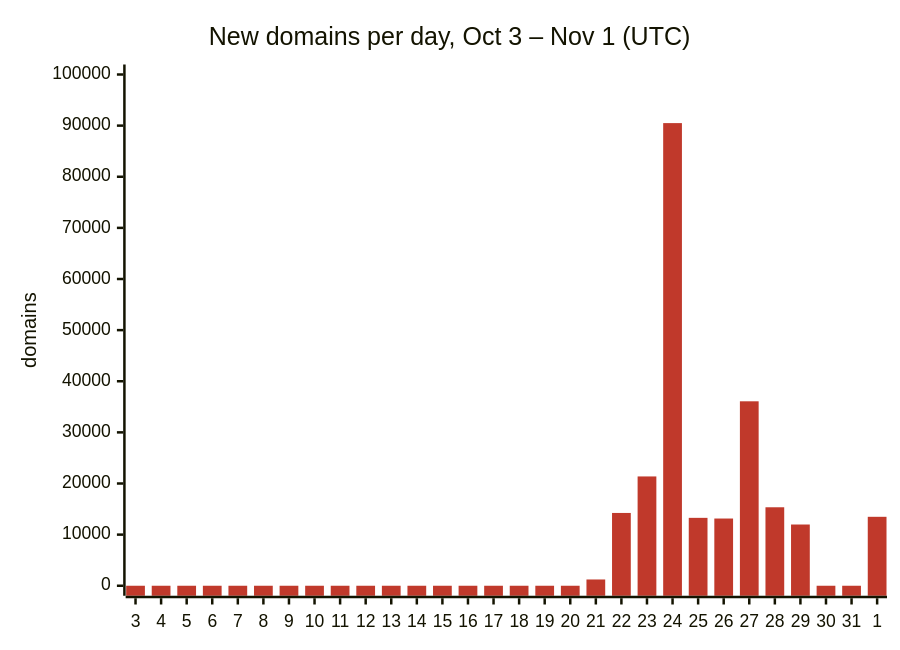
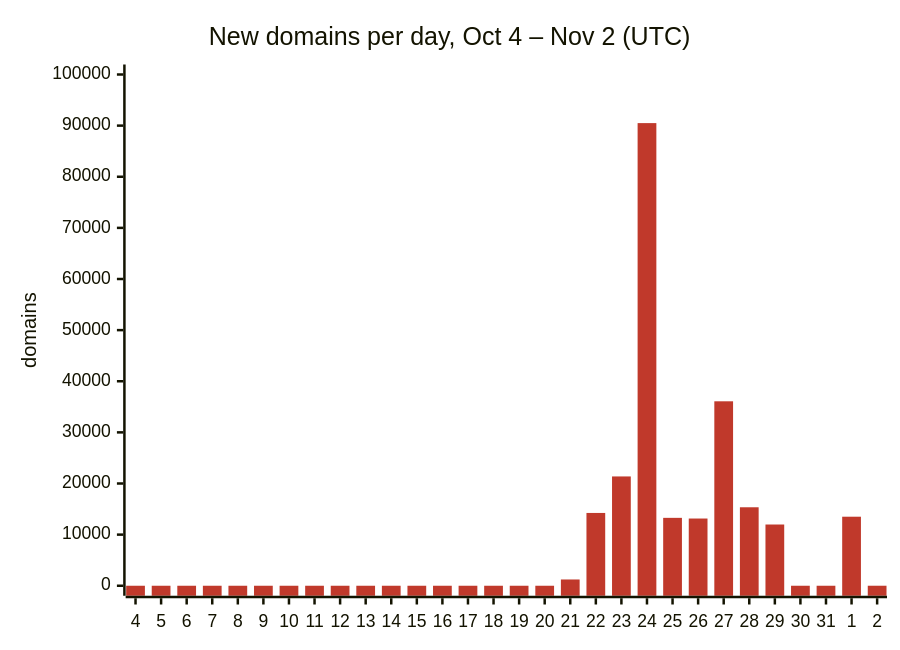
The first of 3 diagrams in README.md (DNSBunker/CTI), drawn with Mermaid before and after one commit. The commit also changed other lines of this file and 3 other files, not shown here.

First line of the commit message:
Update 2026-11-02 00:05 UTC: 224610 domains

````diff
--- a/README.md
+++ b/README.md
@@ -29,8 +29,8 @@
 ```mermaid
 %%{init: {"themeVariables": {"xyChart": {"plotColorPalette": "#c0392b"}}}}%%
 xychart-beta
-    title "New domains per day, Oct 3 – Nov 1 (UTC)"
-    x-axis ["3", "4", "5", "6", "7", "8", "9", "10", "11", "12", "13", "14", "15", "16", "17", "18", "19", "20", "21", "22", "23", "24", "25", "26", "27", "28", "29", "30", "31", "1"]
+    title "New domains per day, Oct 4 – Nov 2 (UTC)"
+    x-axis ["4", "5", "6", "7", "8", "9", "10", "11", "12", "13", "14", "15", "16", "17", "18", "19", "20", "21", "22", "23", "24", "25", "26", "27", "28", "29", "30", "31", "1", "2"]
     y-axis "domains" 0 --> 100000
-    bar [0, 0, 0, 0, 0, 0, 0, 0, 0, 0, 0, 0, 0, 0, 0, 0, 0, 0, 1227, 14240, 21381, 90492, 13281, 13149, 36078, 15350, 11978, 0, 0, 13485]
+    bar [0, 0, 0, 0, 0, 0, 0, 0, 0, 0, 0, 0, 0, 0, 0, 0, 0, 1227, 14240, 21381, 90492, 13281, 13149, 36078, 15350, 11978, 0, 0, 13504, 3]
 ```
````
